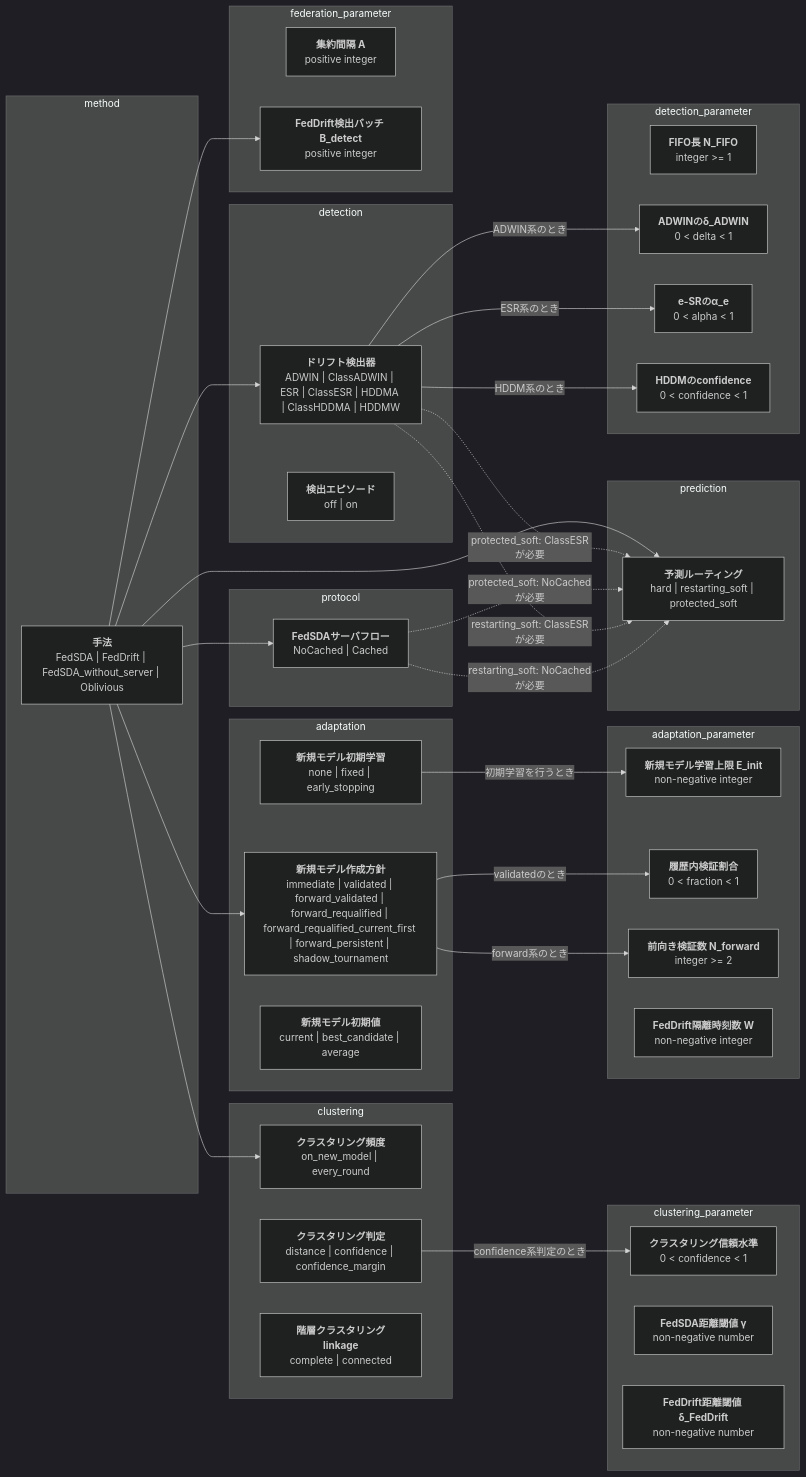
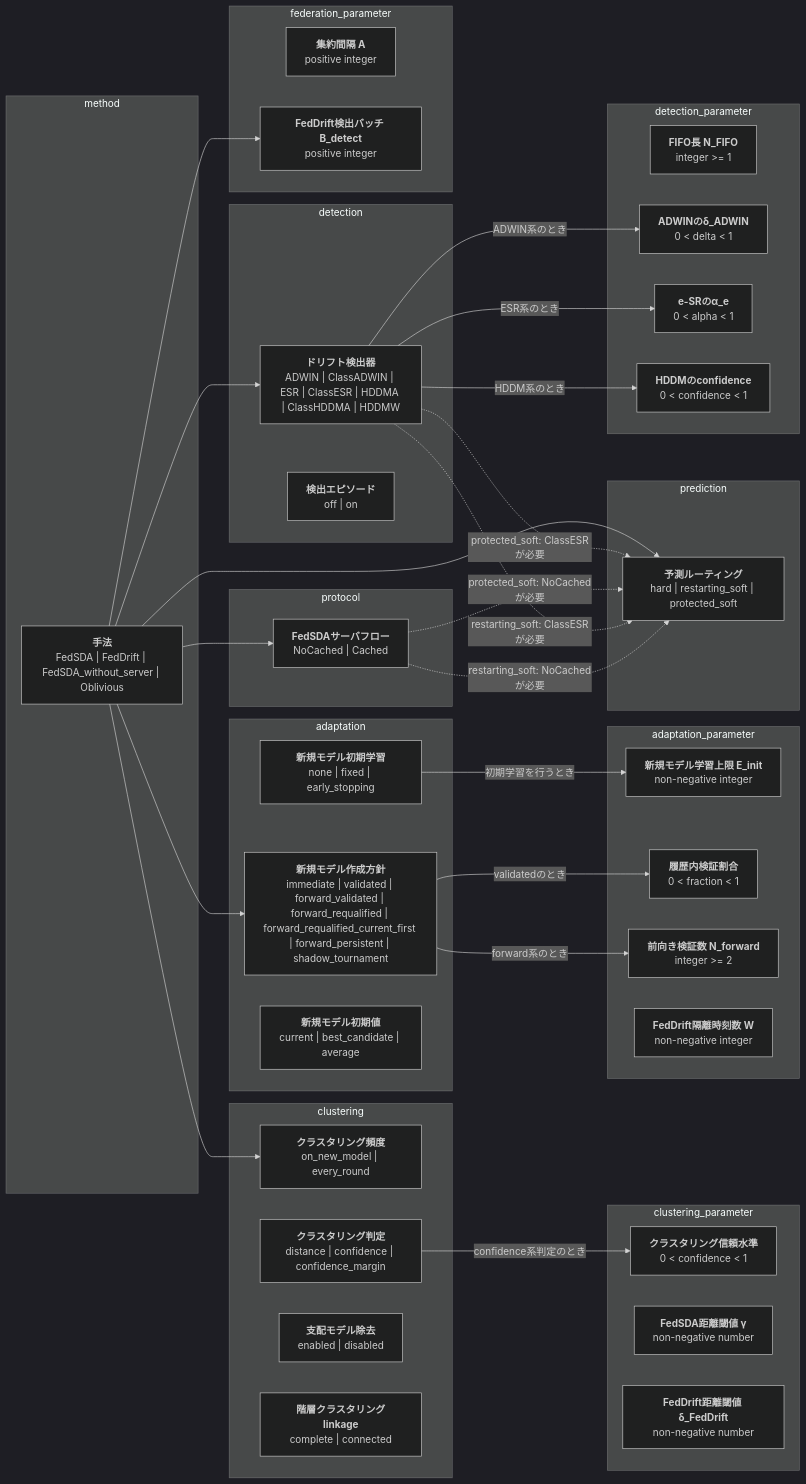
One commit to shimmen3141/FedSDA-experiment changed the first of 2 diagrams in docs/options.md. Above: the diagram before and after it, drawn with Mermaid (dark theme). The commit also changed other lines of this file and 14 other files, not shown here.

````diff
--- a/docs/options.md
+++ b/docs/options.md
@@ -18,64 +18,65 @@
 ```mermaid
 flowchart LR
   subgraph group_method[method]
     method["<b>手法</b><br/>FedSDA | FedDrift | FedSDA_without_server | Oblivious"]
   end
   subgraph group_protocol[protocol]
     server_flow["<b>FedSDAサーバフロー</b><br/>NoCached | Cached"]
   end
   subgraph group_detection[detection]
     detector["<b>ドリフト検出器</b><br/>ADWIN | ClassADWIN | ESR | ClassESR | HDDMA | ClassHDDMA | HDDMW"]
     detection_episodes["<b>検出エピソード</b><br/>off | on"]
   end
   subgraph group_prediction[prediction]
     routing["<b>予測ルーティング</b><br/>hard | restarting_soft | protected_soft"]
   end
   subgraph group_adaptation[adaptation]
     new_model_creation_policy["<b>新規モデル作成方針</b><br/>immediate | validated | forward_validated | forward_requalified | forward_requalified_current_first | forward_persistent | shadow_tournament"]
     new_model_training["<b>新規モデル初期学習</b><br/>none | fixed | early_stopping"]
     new_model_initialization["<b>新規モデル初期値</b><br/>current | best_candidate | average"]
   end
   subgraph group_adaptation_parameter[adaptation_parameter]
     new_model_epochs["<b>新規モデル学習上限 E_init</b><br/>non-negative integer"]
     new_model_validation_fraction["<b>履歴内検証割合</b><br/>0 < fraction < 1"]
     new_model_forward_validation_samples["<b>前向き検証数 N_forward</b><br/>integer >= 2"]
     feddrift_isolation_timesteps["<b>FedDrift隔離時刻数 W</b><br/>non-negative integer"]
   end
   subgraph group_detection_parameter[detection_parameter]
     fifo_size["<b>FIFO長 N_FIFO</b><br/>integer >= 1"]
     adwin_delta["<b>ADWINのδ_ADWIN</b><br/>0 < delta < 1"]
     e_detector_alpha["<b>e-SRのα_e</b><br/>0 < alpha < 1"]
     hddm_drift_confidence["<b>HDDMのconfidence</b><br/>0 < confidence < 1"]
   end
   subgraph group_clustering[clustering]
     clustering_policy["<b>クラスタリング頻度</b><br/>on_new_model | every_round"]
     clustering_decision["<b>クラスタリング判定</b><br/>distance | confidence | confidence_margin"]
+    dominated_model_pruning["<b>支配モデル除去</b><br/>enabled | disabled"]
     cluster_linkage["<b>階層クラスタリングlinkage</b><br/>complete | connected"]
   end
   subgraph group_clustering_parameter[clustering_parameter]
     clustering_confidence["<b>クラスタリング信頼水準</b><br/>0 < confidence < 1"]
     fedsda_distance_threshold["<b>FedSDA距離閾値 γ</b><br/>non-negative number"]
     feddrift_distance_threshold["<b>FedDrift距離閾値 δ_FedDrift</b><br/>non-negative number"]
   end
   subgraph group_federation_parameter[federation_parameter]
     aggregation_interval["<b>集約間隔 A</b><br/>positive integer"]
     feddrift_detection_batch_size["<b>FedDrift検出バッチ B_detect</b><br/>positive integer"]
   end
   new_model_training -->|"初期学習を行うとき"| new_model_epochs
   new_model_creation_policy -->|"validatedのとき"| new_model_validation_fraction
   new_model_creation_policy -->|"forward系のとき"| new_model_forward_validation_samples
   detector -->|"ADWIN系のとき"| adwin_delta
   detector -->|"ESR系のとき"| e_detector_alpha
   detector -->|"HDDM系のとき"| hddm_drift_confidence
   clustering_decision -->|"confidence系判定のとき"| clustering_confidence
   server_flow -.->|"restarting_soft: NoCachedが必要"| routing
   detector -.->|"restarting_soft: ClassESRが必要"| routing
   server_flow -.->|"protected_soft: NoCachedが必要"| routing
   detector -.->|"protected_soft: ClassESRが必要"| routing
   method --> server_flow
   method --> detector
   method --> routing
   method --> new_model_creation_policy
   method --> clustering_policy
   method --> feddrift_detection_batch_size
 ```
````
